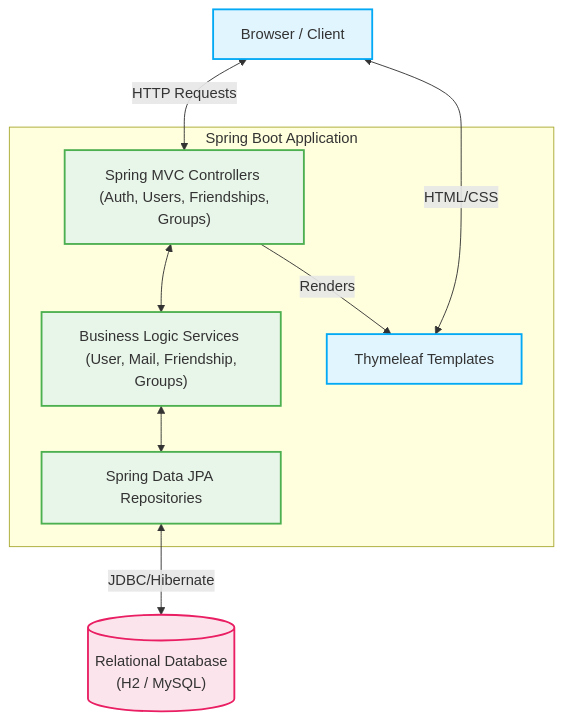
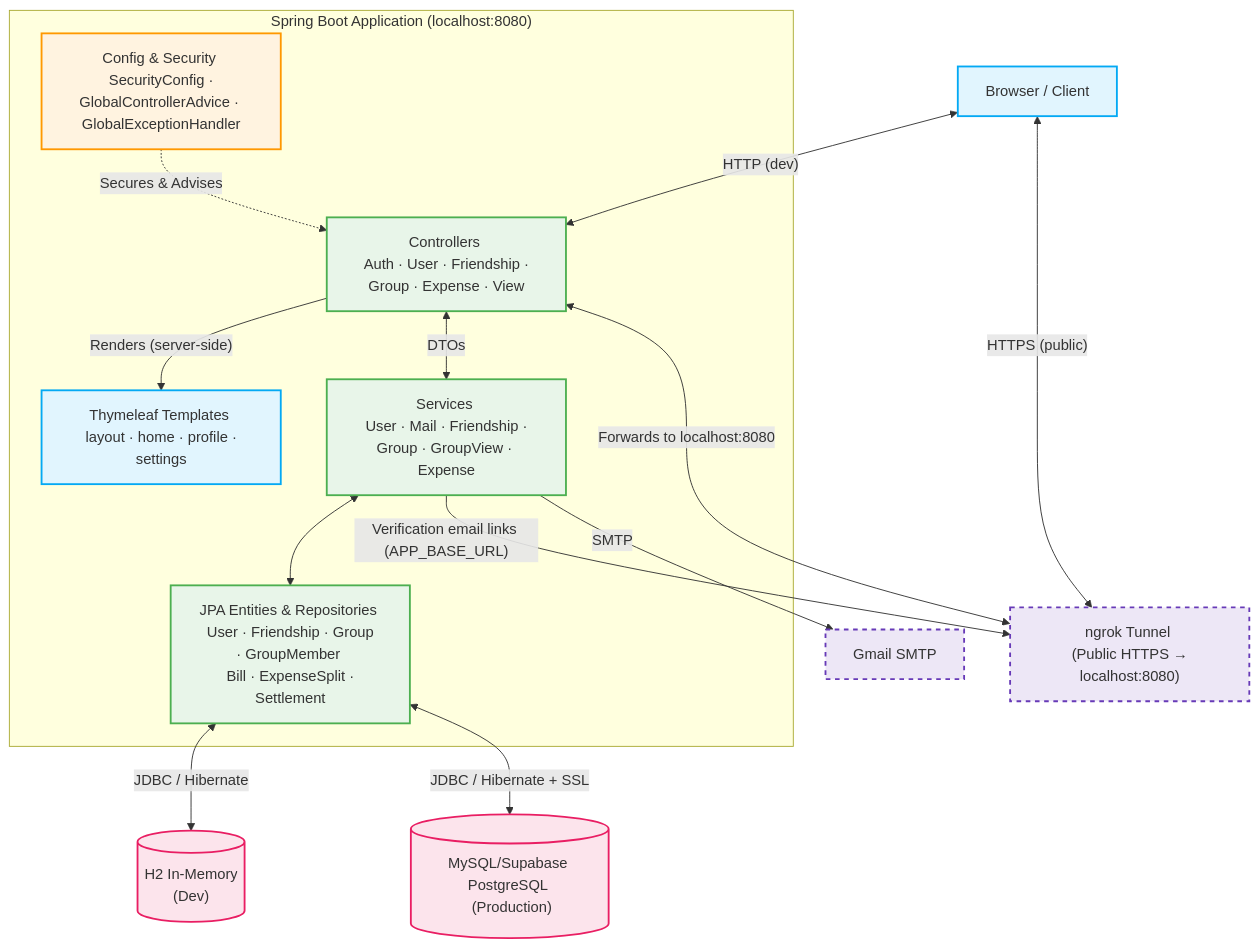
One commit to Bao-Bao-03/teilr changed the diagram in README.md. Above: the diagram before and after it, drawn with Mermaid. The commit also changed other lines of this file, not shown here.

Commit message:
update: Architecture

````diff
--- a/README.md
+++ b/README.md
@@ -47,27 +48,37 @@
 ```mermaid
 flowchart TD
     classDef frontend fill:#e1f5fe,stroke:#03a9f4,stroke-width:2px;
     classDef backend fill:#e8f5e9,stroke:#4caf50,stroke-width:2px;
     classDef database fill:#fce4ec,stroke:#e91e63,stroke-width:2px;
     classDef config fill:#fff3e0,stroke:#ff9800,stroke-width:2px;
     classDef external fill:#ede7f6,stroke:#673ab7,stroke-width:2px,stroke-dasharray:5 5;
+    
+    Client["Browser / Client"]:::frontend
+    Ngrok["ngrok Tunnel <br/> (Public HTTPS → localhost:8080)"]:::external
+    Gmail["Gmail SMTP"]:::external
+    H2[("H2 In-Memory <br/> (Dev)")]:::database
+    Supabase[("MySQL/Supabase PostgreSQL <br/> (Production)")]:::database
+    
+    subgraph App ["Spring Boot Application (localhost:8080)"]
+        Config["Config & Security <br/> SecurityConfig · GlobalControllerAdvice · GlobalExceptionHandler"]:::config
+        Controllers["Controllers <br/> Auth · User · Friendship · Group · Expense · View"]:::backend
+        Views["Thymeleaf Templates <br/> layout · home · profile · settings"]:::frontend
+        Services["Services <br/> User · Mail · Friendship · Group · GroupView · Expense"]:::backend
+        Persistence["JPA Entities & Repositories <br/> User · Friendship · Group · GroupMember <br/> Bill · ExpenseSplit · Settlement"]:::backend
 
-    Client["Browser / Client"]:::frontend
-    
-    subgraph Spring_Boot_Application ["Spring Boot Application"]
-        Controllers["Spring MVC Controllers <br/> (Auth, Users, Friendships, Groups)"]:::backend
-        Services["Business Logic Services <br/> (User, Mail, Friendship, Groups)"]:::backend
-        Repositories["Spring Data JPA Repositories"]:::backend
-        Views["Thymeleaf Templates"]:::frontend
+        Config -.->|"Secures & Advises"| Controllers
+        Controllers -->|"Renders (server-side)"| Views
         
-        Controllers -->|Renders| Views
-        Controllers <--> Services
-        Services <--> Repositories
+        Controllers <-->|"DTOs"| Services
+        Services <--> Persistence
     end
     
-    DB[("Relational Database <br/> (H2 / MySQL)")]:::database
+    Client <-->|"HTTP (dev)"| Controllers
+    Client <-->|"HTTPS (public)"| Ngrok
+    Ngrok <-->|"Forwards to localhost:8080"| Controllers
     
-    Client <-->|HTTP Requests| Controllers
-    Client <-->|HTML/CSS| Views
-    Repositories <-->|JDBC/Hibernate| DB
+    Services -->|"Verification email links (APP_BASE_URL)"| Ngrok
+    Services -->|"SMTP"| Gmail
+    Persistence <-->|"JDBC / Hibernate"| H2
+    Persistence <-->|"JDBC / Hibernate + SSL"| Supabase
 ```
````
